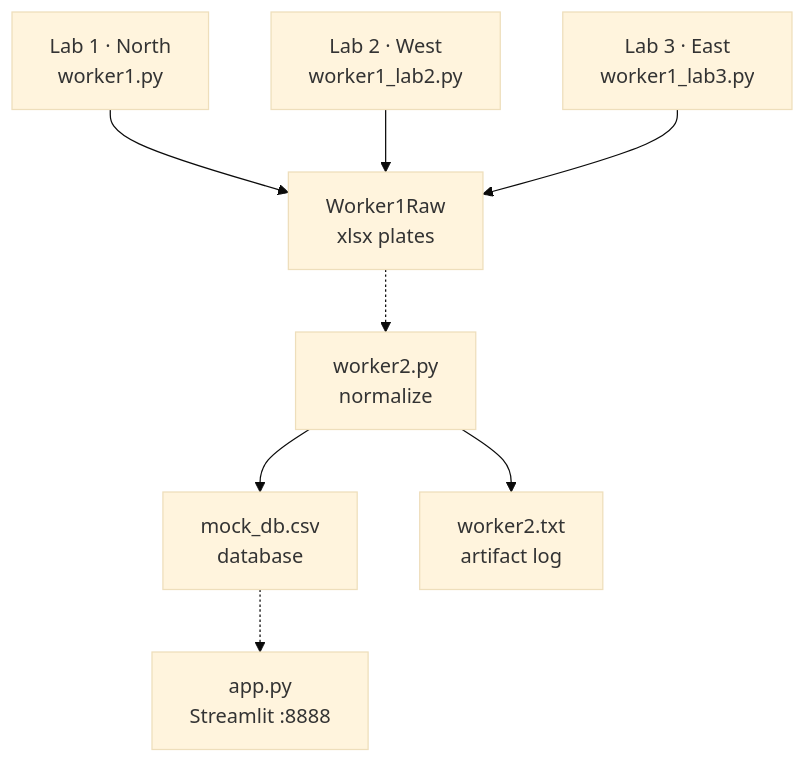
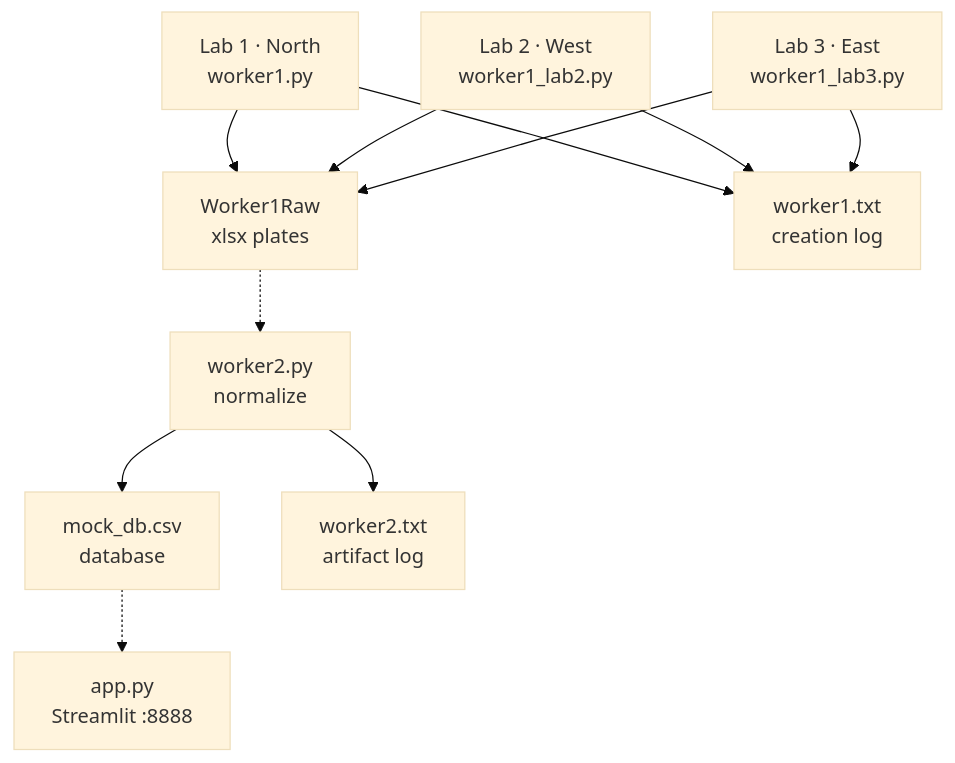
One commit to gnmuller/DominoTakeHome changed the diagram in ARCHITECTURE.md. Above: the diagram before and after it, drawn with Mermaid (base theme). The commit also changed other lines of this file and 6 other files, not shown here.

````diff
--- a/ARCHITECTURE.md
+++ b/ARCHITECTURE.md
@@ -20,19 +20,23 @@
 ```mermaid
 flowchart TD
   l1["Lab 1 · North<br/>worker1.py"]
   l2["Lab 2 · West<br/>worker1_lab2.py"]
   l3["Lab 3 · East<br/>worker1_lab3.py"]
   raw["Worker1Raw<br/>xlsx plates"]
+  w1log["worker1.txt<br/>creation log"]
   w2["worker2.py<br/>normalize"]
   db["mock_db.csv<br/>database"]
   log["worker2.txt<br/>artifact log"]
   app["app.py<br/>Streamlit :8888"]
 
   l1 --> raw
   l2 --> raw
   l3 --> raw
+  l1 --> w1log
+  l2 --> w1log
+  l3 --> w1log
   raw -.-> w2
   w2 --> db
   w2 --> log
   db -.-> app
 ```
````
